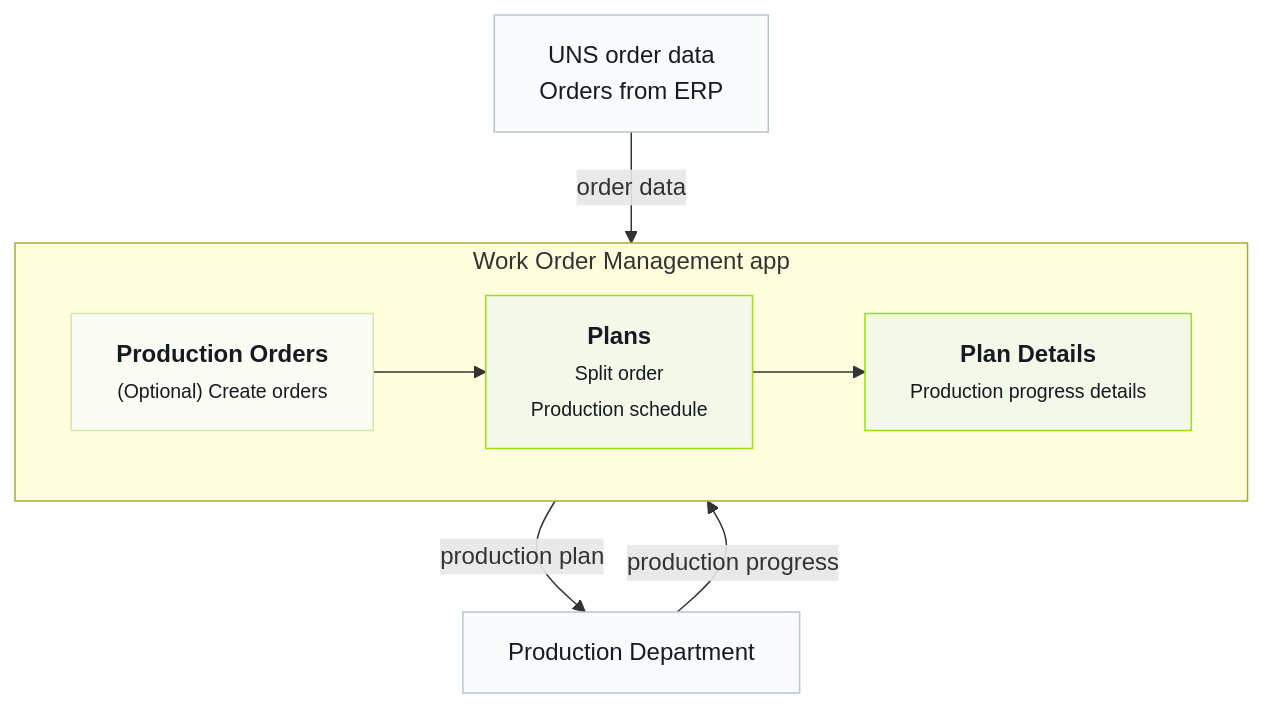
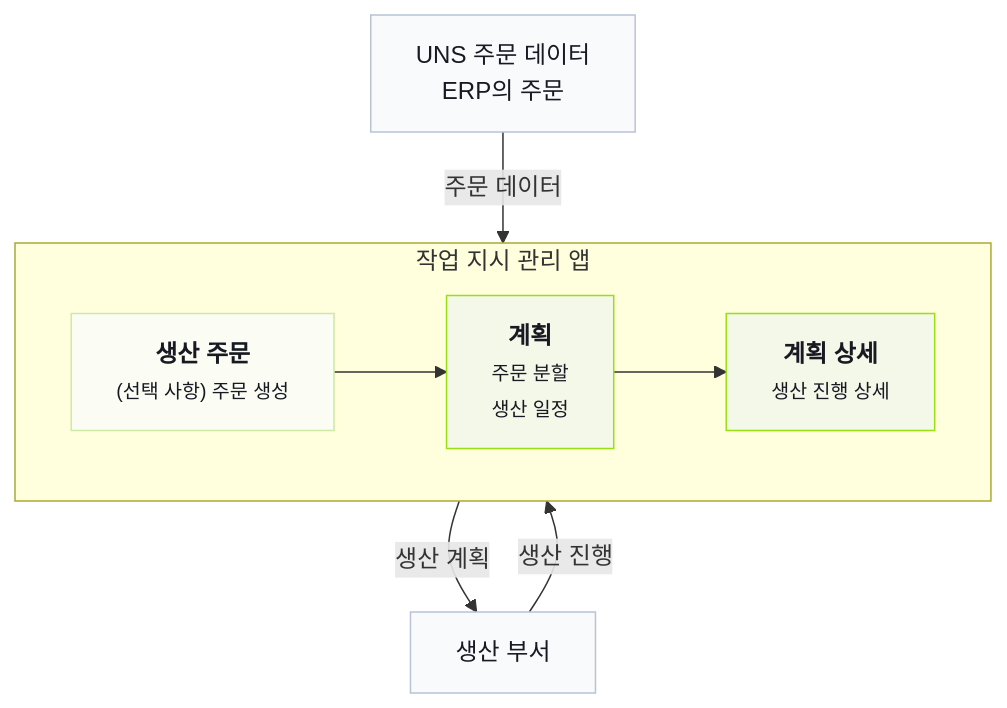
Before and after one commit to FREEZONEX/Tier0-docs-site: the diagram in src/content/docs/ko/get-started/demo-factory.mdx, drawn with Mermaid. The commit also changed other lines of this file and 12 other files, not shown here.

Commit message:
Localize non-English diagram and analytics text

````diff
--- a/src/content/docs/ko/get-started/demo-factory.mdx
+++ b/src/content/docs/ko/get-started/demo-factory.mdx
@@ -16,25 +16,25 @@
 ```mermaid
 flowchart TB
-  uns["UNS order data<br/>Orders from ERP"]
-  production["Production Department"]
+  uns["UNS 주문 데이터<br/>ERP의 주문"]
+  production["생산 부서"]
 
-  subgraph app["Work Order Management app"]
+  subgraph app["작업 지시 관리 앱"]
     direction LR
-    orders["<b>Production Orders</b><br/><span style='font-size:13px'>(Optional) Create orders</span>"]
-    plans["<b>Plans</b><br/><span style='font-size:13px'>Split order<br/>Production schedule</span>"]
-    details["<b>Plan Details</b><br/><span style='font-size:13px'>Production progress details</span>"]
+    orders["<b>생산 주문</b><br/><span style='font-size:13px'>(선택 사항) 주문 생성</span>"]
+    plans["<b>계획</b><br/><span style='font-size:13px'>주문 분할<br/>생산 일정</span>"]
+    details["<b>계획 상세</b><br/><span style='font-size:13px'>생산 진행 상세</span>"]
   end
 
-  uns -- "order data" --> orders
+  uns -- "주문 데이터" --> orders
   orders --> plans
   plans --> details
-  plans -- "production plan" --> production
-  production -- "production progress" --> details
+  plans -- "생산 계획" --> production
+  production -- "생산 진행" --> details
 
   classDef external fill:#f8fafc,stroke:#b8c4d5,color:#171a22,stroke-width:1px
   classDef optional fill:#fbfdf4,stroke:#cfe8a3,color:#171a22,stroke-width:1px
   classDef appNode fill:#f4f8e9,stroke:#9adf11,color:#171a22,stroke-width:1px
   class uns,production external
   class orders optional
   class plans,details appNode
 ```
````
